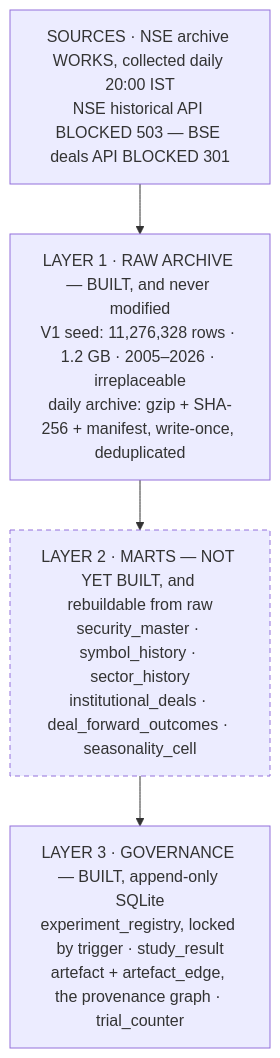
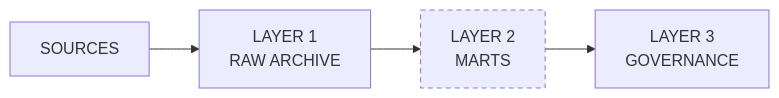
Before and after one commit to markandeyavarma3-lab/MICC_V3: the first of 5 diagrams in docs/report/PROJECT_REPORT.md, drawn with Mermaid. The commit also changed other lines of this file and 1 other file, not shown here.

First line of the commit message:
report: bind it to what the code actually does, not what it did on 18 August

````diff
--- a/docs/report/PROJECT_REPORT.md
+++ b/docs/report/PROJECT_REPORT.md
@@ -575,12 +620,6 @@
 ```mermaid
-flowchart TB
-  SRC["SOURCES · NSE archive WORKS, collected daily 20:00 IST<br/>NSE historical API BLOCKED 503 — BSE deals API BLOCKED 301"]
-  RAW["LAYER 1 · RAW ARCHIVE — BUILT, and never modified<br/>V1 seed: 11,276,328 rows · 1.2 GB · 2005–2026 · irreplaceable<br/>daily archive: gzip + SHA-256 + manifest, write-once, deduplicated"]
-  MART["LAYER 2 · MARTS — NOT YET BUILT, and rebuildable from raw<br/>security_master · symbol_history · sector_history<br/>institutional_deals · deal_forward_outcomes · seasonality_cell"]
-  GOV["LAYER 3 · GOVERNANCE — BUILT, append-only SQLite<br/>experiment_registry, locked by trigger · study_result<br/>artefact + artefact_edge, the provenance graph · trial_counter"]
-
-  SRC --> RAW --> MART --> GOV
-
+flowchart LR
+  SRC["SOURCES"] --> RAW["LAYER 1<br/>RAW ARCHIVE"] --> MART["LAYER 2<br/>MARTS"] --> GOV["LAYER 3<br/>GOVERNANCE"]
   classDef pending stroke-dasharray:5 4
   class MART pending
 ```
````
